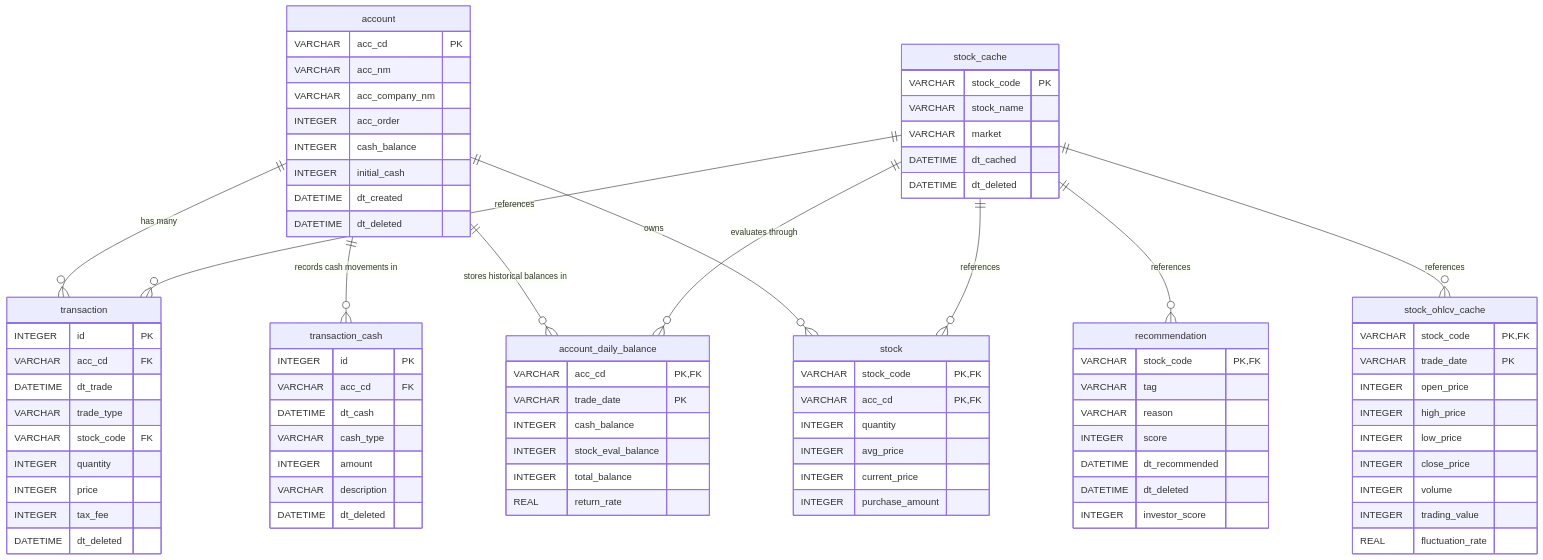
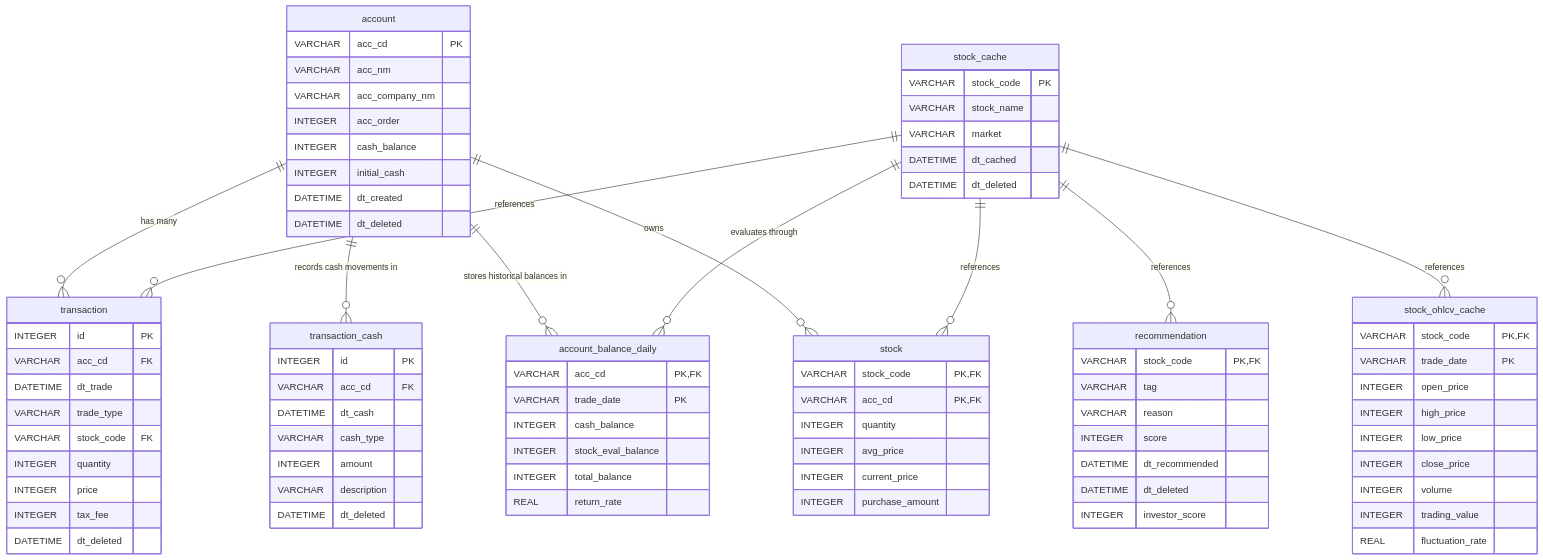
One commit to chosun87/sunflower87 changed the second of 2 diagrams in docs/tasks-P3/project_analysis.md. Above: the diagram before and after it, drawn with Mermaid. The commit also changed other lines of this file and 69 other files, not shown here.

```diff
--- a/docs/tasks-P3/project_analysis.md
+++ b/docs/tasks-P3/project_analysis.md
@@ -244,13 +244,13 @@
 erDiagram
     account ||--o{ transaction : "has many"
     account ||--o{ transaction_cash : "records cash movements in"
-    account ||--o{ account_daily_balance : "stores historical balances in"
+    account ||--o{ account_balance_daily : "stores historical balances in"
     account ||--o{ stock : "owns"
     stock_cache ||--o{ transaction : "references"
     stock_cache ||--o{ stock : "references"
     stock_cache ||--o{ recommendation : "references"
     stock_cache ||--o{ stock_ohlcv_cache : "references"
-    stock_cache ||--o{ account_daily_balance : "evaluates through"
+    stock_cache ||--o{ account_balance_daily : "evaluates through"
     
     account {
         VARCHAR acc_cd PK
@@ -285,7 +285,7 @@
         DATETIME dt_deleted
     }
 
-    account_daily_balance {
+    account_balance_daily {
         VARCHAR acc_cd PK, FK
         VARCHAR trade_date PK
         INTEGER cash_balance
```
